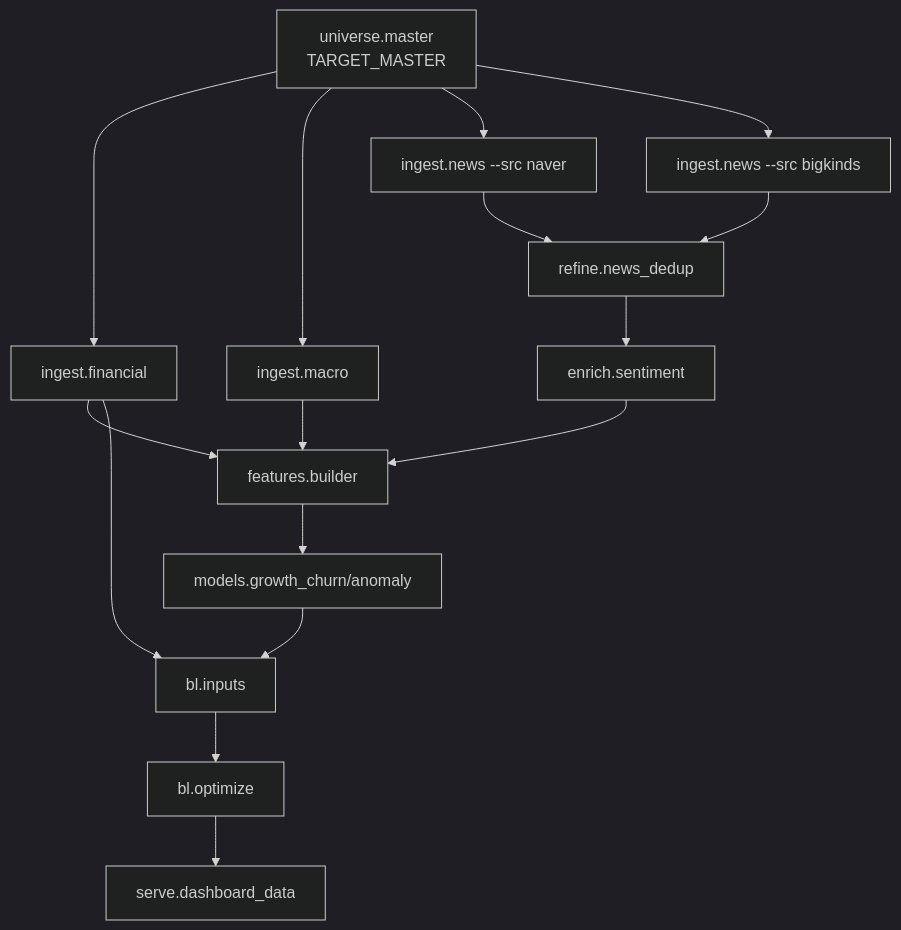
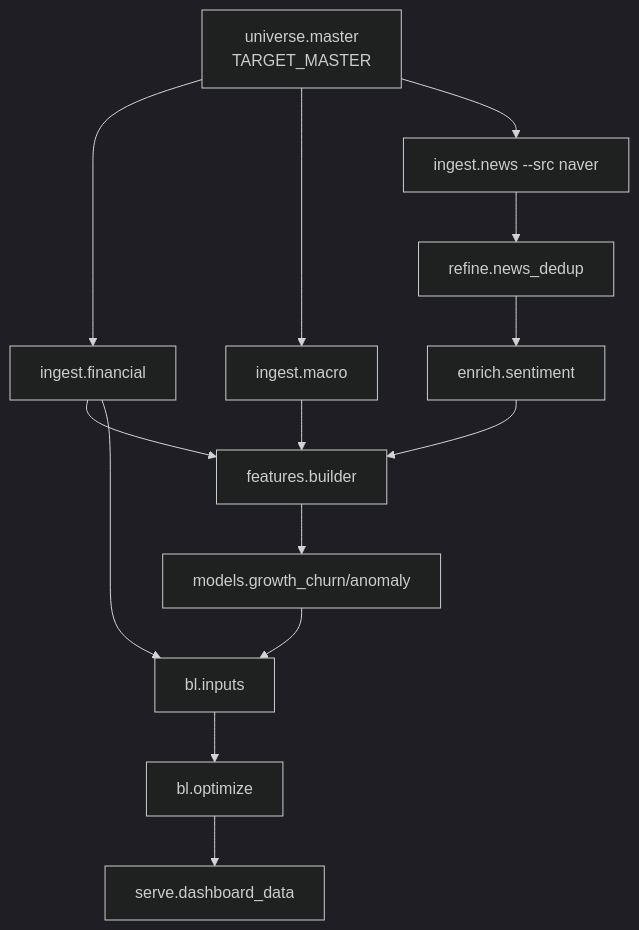
The second of 3 diagrams in docs/planning/03-roadmap.md (blunderblus/black_litterman_project), drawn with Mermaid (dark theme) before and after one commit. The commit also changed other lines of this file and 9 other files, not shown here.

````diff
--- a/docs/planning/03-roadmap.md
+++ b/docs/planning/03-roadmap.md
@@ -127,18 +127,16 @@
 ```mermaid
 flowchart TD
   U[universe.master\nTARGET_MASTER] --> I1[ingest.financial]
   U --> I2[ingest.macro]
   U --> I3[ingest.news --src naver]
-  U --> I4[ingest.news --src bigkinds]
   I3 --> R[refine.news_dedup]
-  I4 --> R
   R --> EN[enrich.sentiment]
   I1 --> F[features.builder]
   I2 --> F
   EN --> F
   F --> M[models.growth_churn/anomaly]
   M --> BI[bl.inputs]
   I1 --> BI
   BI --> BO[bl.optimize]
   BO --> S[serve.dashboard_data]
 ```
````
